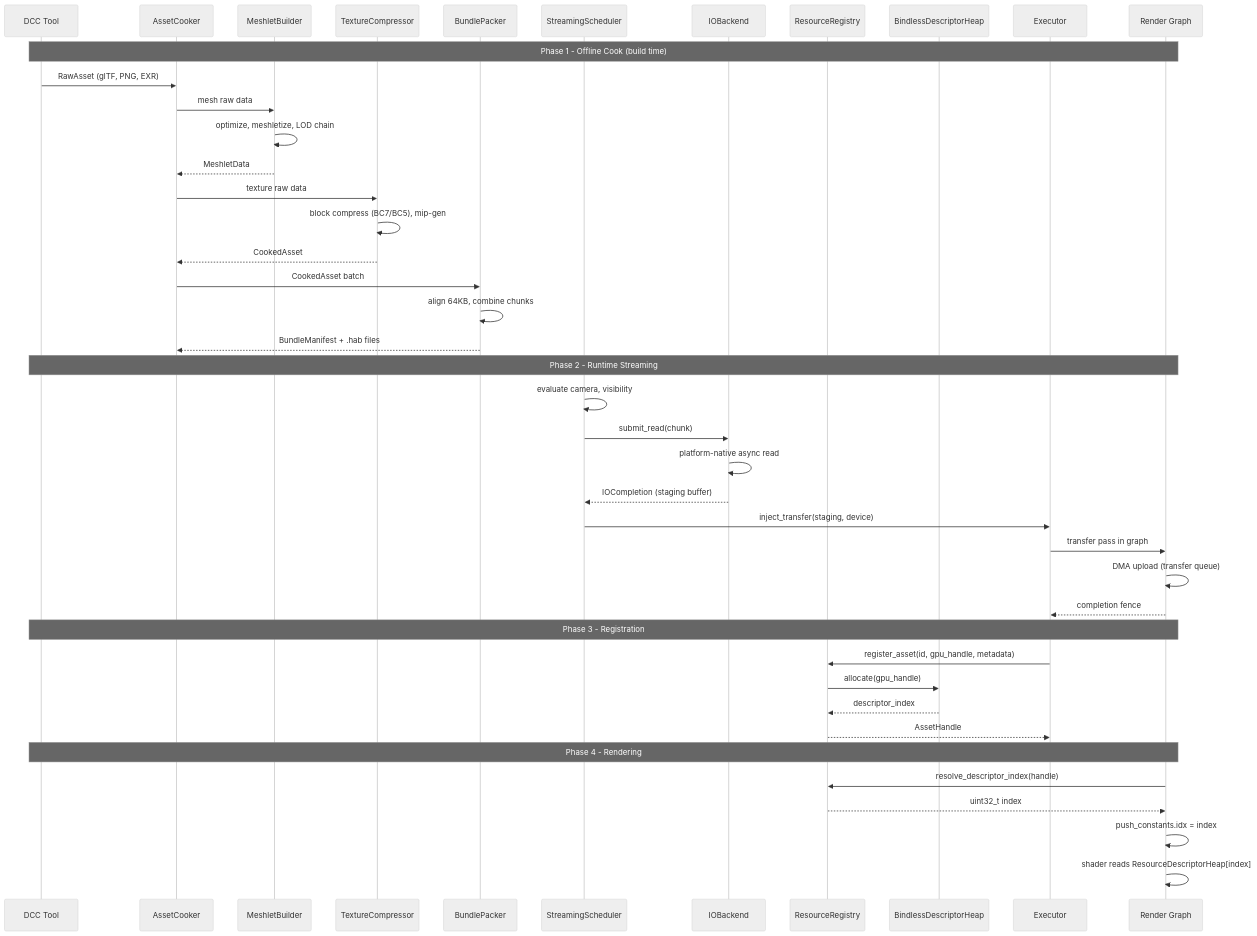
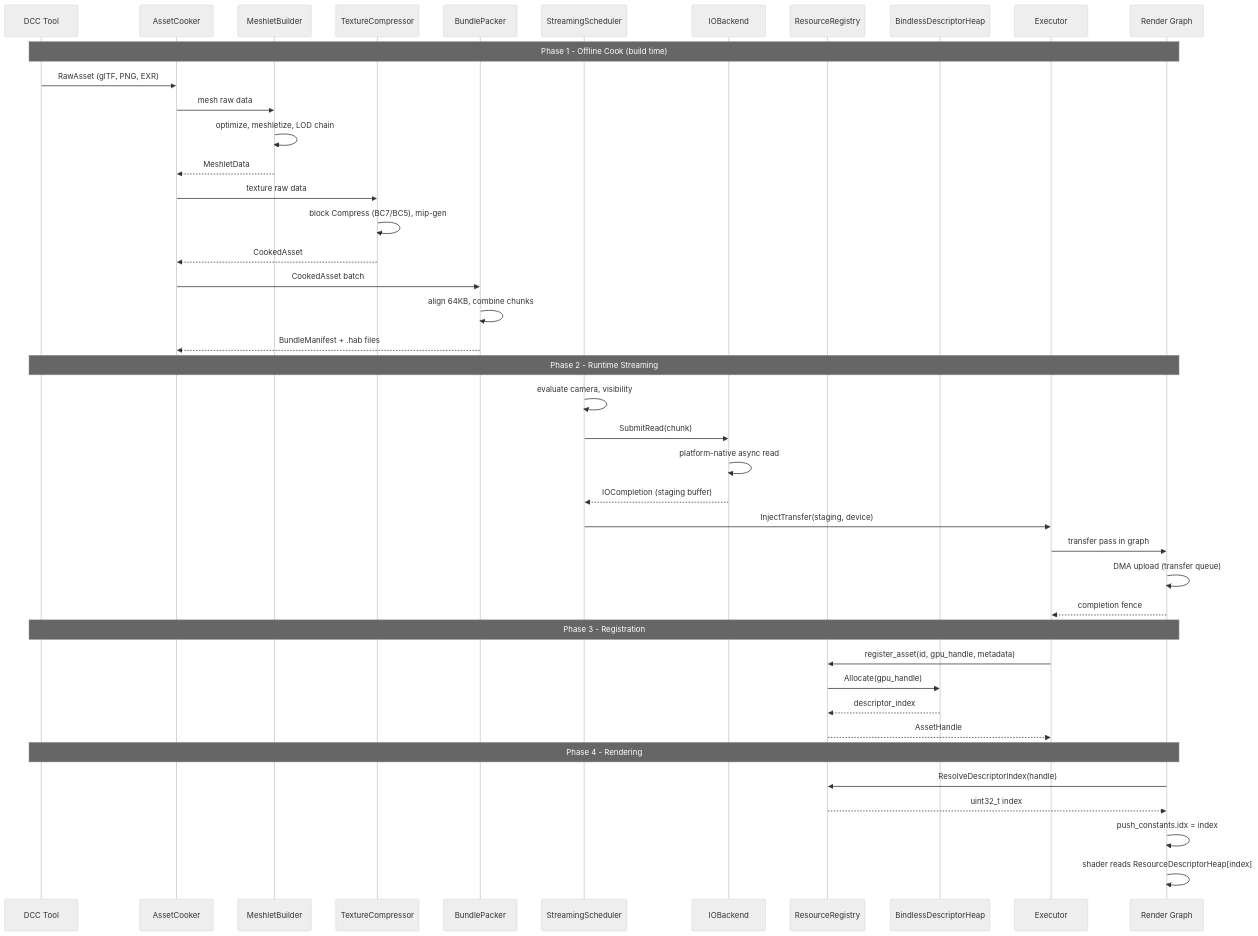
Before and after one commit to harmonius-dev/harmonius: the tenth of 12 diagrams in docs/design/asset-pipeline-classes.md, drawn with Mermaid (neutral theme). The commit also changed other lines of this file and 67 other files, not shown here.

````diff
--- a/docs/design/asset-pipeline-classes.md
+++ b/docs/design/asset-pipeline-classes.md
@@ -432,48 +440,48 @@
 ```mermaid
 sequenceDiagram
     participant DCC as DCC Tool
     participant Cook as AssetCooker
     participant MB as MeshletBuilder
     participant TC as TextureCompressor
     participant Pack as BundlePacker
     participant Sched as StreamingScheduler
     participant IO as IOBackend
     participant Reg as ResourceRegistry
     participant Heap as BindlessDescriptorHeap
     participant Exec as Executor
     participant RG as Render Graph
 
     Note over DCC,RG: Phase 1 - Offline Cook (build time)
     DCC->>Cook: RawAsset (glTF, PNG, EXR)
     Cook->>MB: mesh raw data
     MB->>MB: optimize, meshletize, LOD chain
     MB-->>Cook: MeshletData
     Cook->>TC: texture raw data
-    TC->>TC: block compress (BC7/BC5), mip-gen
+    TC->>TC: block Compress (BC7/BC5), mip-gen
     TC-->>Cook: CookedAsset
     Cook->>Pack: CookedAsset batch
     Pack->>Pack: align 64KB, combine chunks
     Pack-->>Cook: BundleManifest + .hab files
 
     Note over DCC,RG: Phase 2 - Runtime Streaming
     Sched->>Sched: evaluate camera, visibility
-    Sched->>IO: submit_read(chunk)
+    Sched->>IO: SubmitRead(chunk)
     IO->>IO: platform-native async read
     IO-->>Sched: IOCompletion (staging buffer)
-    Sched->>Exec: inject_transfer(staging, device)
+    Sched->>Exec: InjectTransfer(staging, device)
     Exec->>RG: transfer pass in graph
     RG->>RG: DMA upload (transfer queue)
     RG-->>Exec: completion fence
 
     Note over DCC,RG: Phase 3 - Registration
     Exec->>Reg: register_asset(id, gpu_handle, metadata)
-    Reg->>Heap: allocate(gpu_handle)
+    Reg->>Heap: Allocate(gpu_handle)
     Heap-->>Reg: descriptor_index
     Reg-->>Exec: AssetHandle
 
     Note over DCC,RG: Phase 4 - Rendering
-    RG->>Reg: resolve_descriptor_index(handle)
+    RG->>Reg: ResolveDescriptorIndex(handle)
     Reg-->>RG: uint32_t index
     RG->>RG: push_constants.idx = index
     RG->>RG: shader reads ResourceDescriptorHeap[index]
 ```
````
